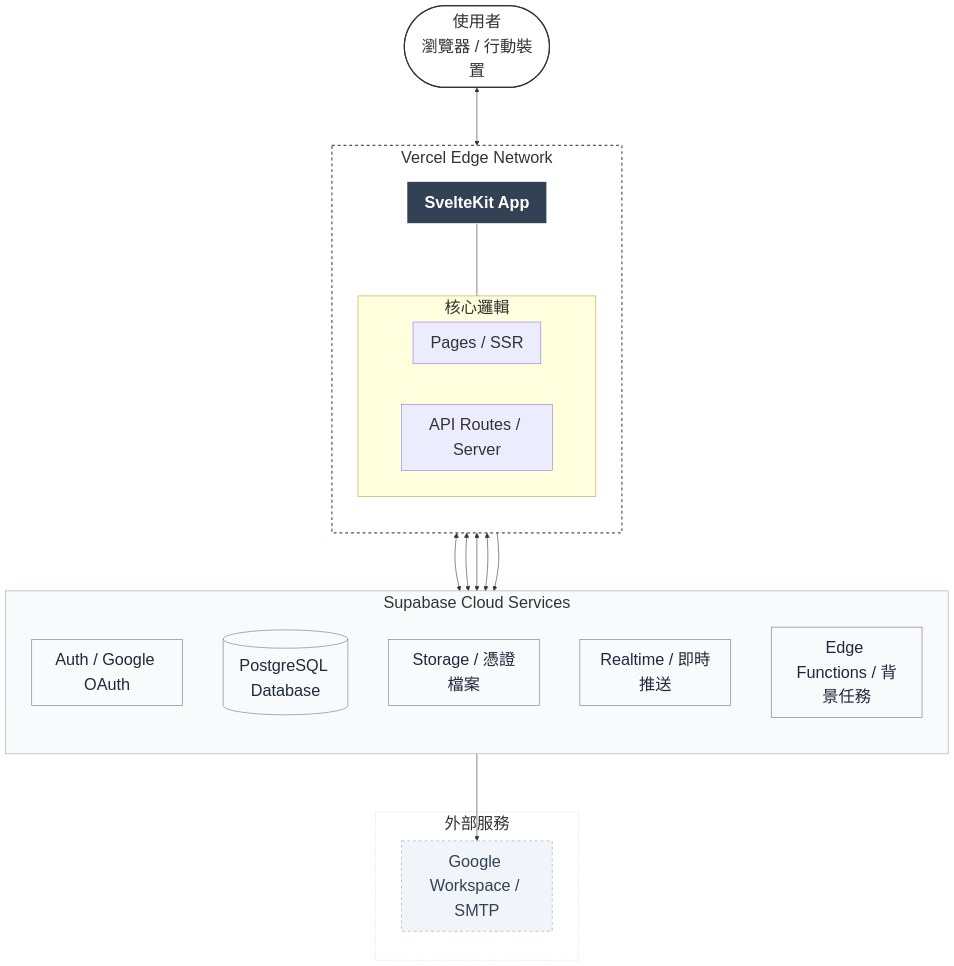
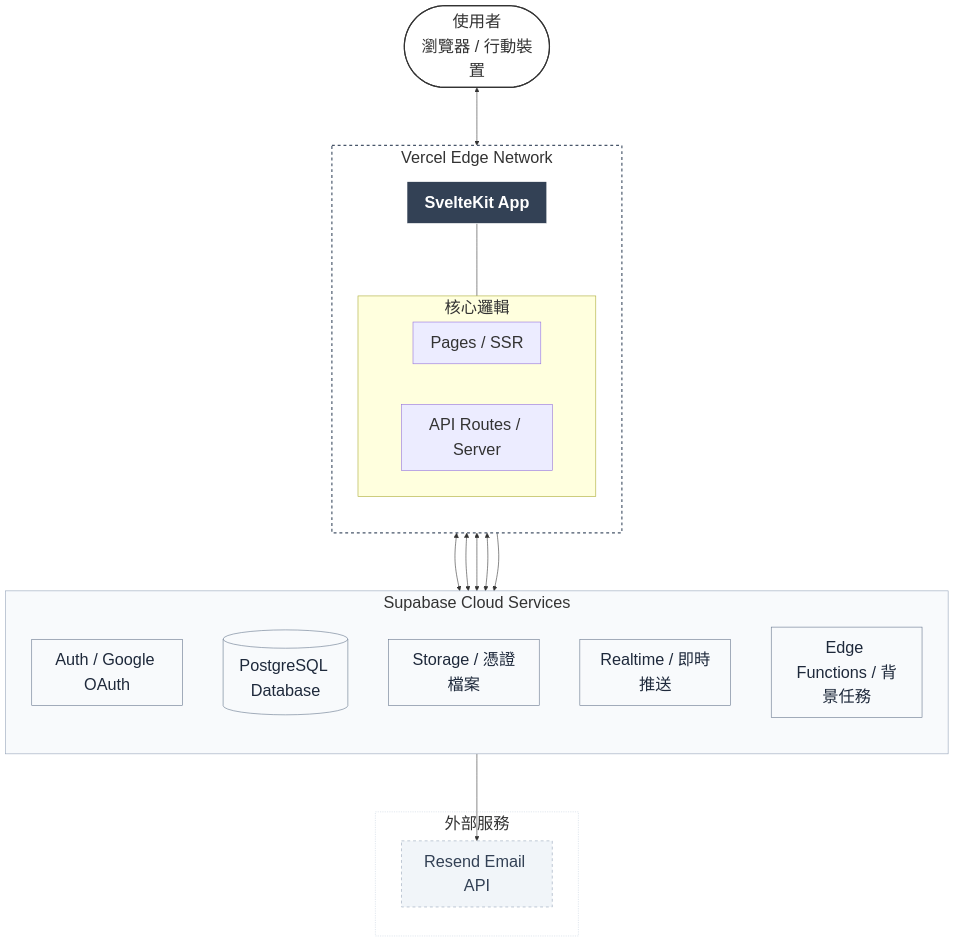
One commit to cando-yeh/payment changed the first of 4 diagrams in docs/architecture/technical-architecture.md. Above: the diagram before and after it, drawn with Mermaid. The commit also changed other lines of this file and 10 other files, not shown here.

First line of the commit message:
feat(notify): 寄信端由 SMTP 遷移至 Resend API

````diff
--- a/docs/architecture/technical-architecture.md
+++ b/docs/architecture/technical-architecture.md
@@ -27,48 +27,48 @@
 ```mermaid
 %%{init: { 'flowchart': { 'nodeSpacing': 70, 'rankSpacing': 100 }, 'themeVariables': { 'fontSize': '28px', 'fontFamily': 'arial' } } }%%
 graph TD
     User([使用者<br/>瀏覽器 / 行動裝置]):::userStyle
 
     subgraph Vercel [Vercel Edge Network]
         direction TB
         SK_App[SvelteKit App]:::appStyle
         subgraph SK_Details [核心邏輯]
             direction LR
             Pages[Pages / SSR]
             API[API Routes / Server]
         end
         SK_App --- SK_Details
     end
 
     subgraph Supabase [Supabase Cloud Services]
         direction TB
         Auth[Auth / Google OAuth]:::serviceStyle
         DB[(PostgreSQL Database)]:::serviceStyle
         Storage[Storage / 憑證檔案]:::serviceStyle
         Realtime[Realtime / 即時推送]:::serviceStyle
         Functions[Edge Functions / 背景任務]:::serviceStyle
     end
 
     subgraph External [外部服務]
-        SMTP[Google Workspace / SMTP]:::externalStyle
+        SMTP[Resend Email API]:::externalStyle
     end
 
     %% 連線關係
     User <--> Vercel
     Vercel <--> Auth
     Vercel <--> DB
     Vercel <--> Storage
     Vercel <--> Realtime
     Vercel --> Functions
     Functions --> SMTP
 
     %% 樣式美化 (專業單色調風格)
     classDef userStyle fill:#ffffff,stroke:#333,stroke-width:2px;
     classDef appStyle fill:#334155,stroke:#fff,color:#fff,font-weight:bold;
     classDef serviceStyle fill:#f8fafc,stroke:#64748b,color:#1e293b;
     classDef externalStyle fill:#f1f5f9,stroke:#94a3b8,color:#334155,stroke-dasharray: 5 5;
     
     style Vercel fill:none,stroke:#475569,stroke-width:2px,stroke-dasharray: 5 5
     style Supabase fill:#f8fafc,stroke:#94a3b8,stroke-width:1px
     style External fill:none,stroke:#cbd5e1,stroke-dasharray: 2 2
 ```
````
